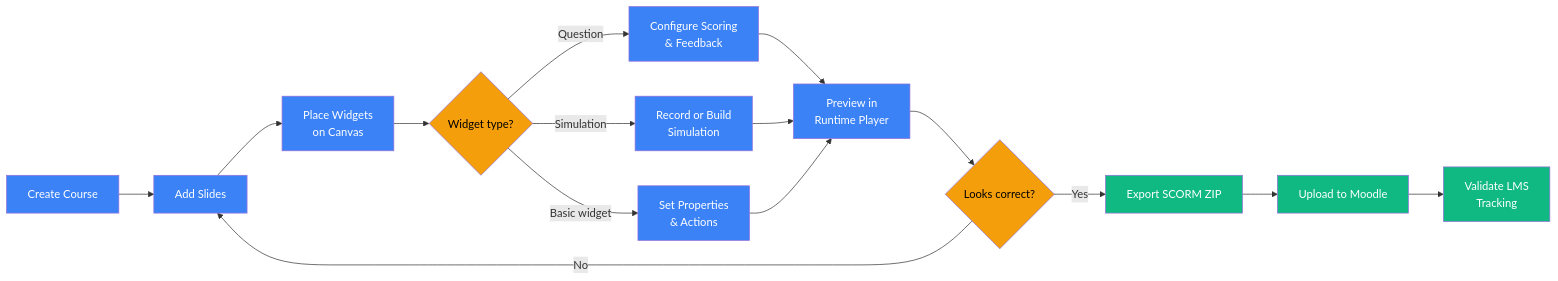
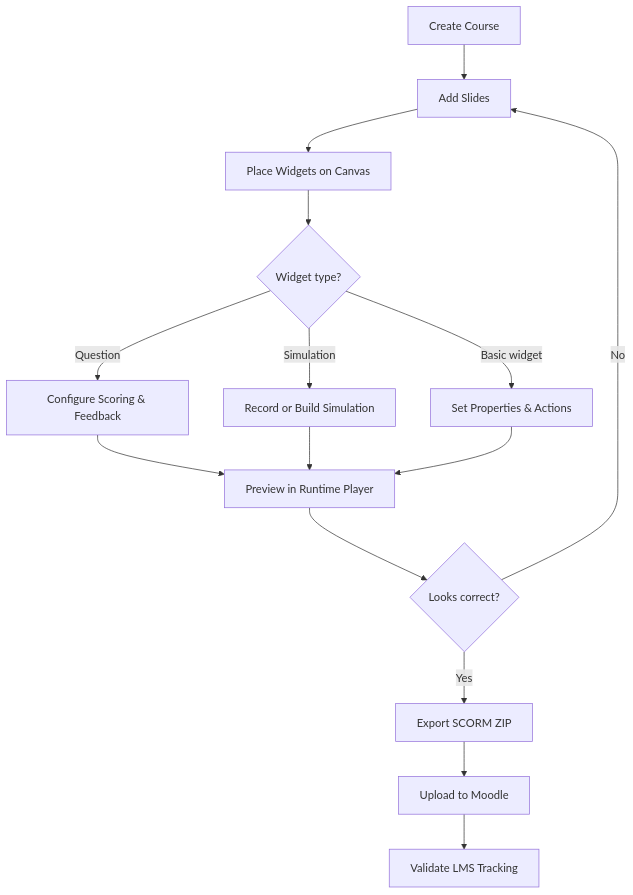
The second of 3 diagrams in README.md (canocampus/elearn-studio), drawn with Mermaid before and after one commit. The commit also changed other lines of this file and 1 other file, not shown here.

First line of the commit message:
fix(docs): align mcQuestionWidget schema and simplify README diagram

````diff
--- a/README.md
+++ b/README.md
@@ -151,21 +136,17 @@
 ```mermaid
-flowchart LR
-  classDef action fill:#3B82F6,color:#fff
-  classDef decision fill:#F59E0B,color:#000
-  classDef output fill:#10B981,color:#fff
-
-  A[Create Course]:::action --> B[Add Slides]:::action
-  B --> C[Place Widgets<br/>on Canvas]:::action
-  C --> D{Widget type?}:::decision
-  D -->|Question| E[Configure Scoring<br/>& Feedback]:::action
-  D -->|Simulation| F[Record or Build<br/>Simulation]:::action
-  D -->|Basic widget| G[Set Properties<br/>& Actions]:::action
-  E --> H[Preview in<br/>Runtime Player]:::action
+graph TD
+  A[Create Course] --> B[Add Slides]
+  B --> C[Place Widgets on Canvas]
+  C --> D{Widget type?}
+  D -->|Question| E[Configure Scoring & Feedback]
+  D -->|Simulation| F[Record or Build Simulation]
+  D -->|Basic widget| G[Set Properties & Actions]
+  E --> H[Preview in Runtime Player]
   F --> H
   G --> H
-  H --> I{Looks correct?}:::decision
+  H --> I{Looks correct?}
   I -->|No| B
-  I -->|Yes| J[Export SCORM ZIP]:::output
-  J --> K[Upload to Moodle]:::output
-  K --> L[Validate LMS<br/>Tracking]:::output
+  I -->|Yes| J[Export SCORM ZIP]
+  J --> K[Upload to Moodle]
+  K --> L[Validate LMS Tracking]
 ```
````
